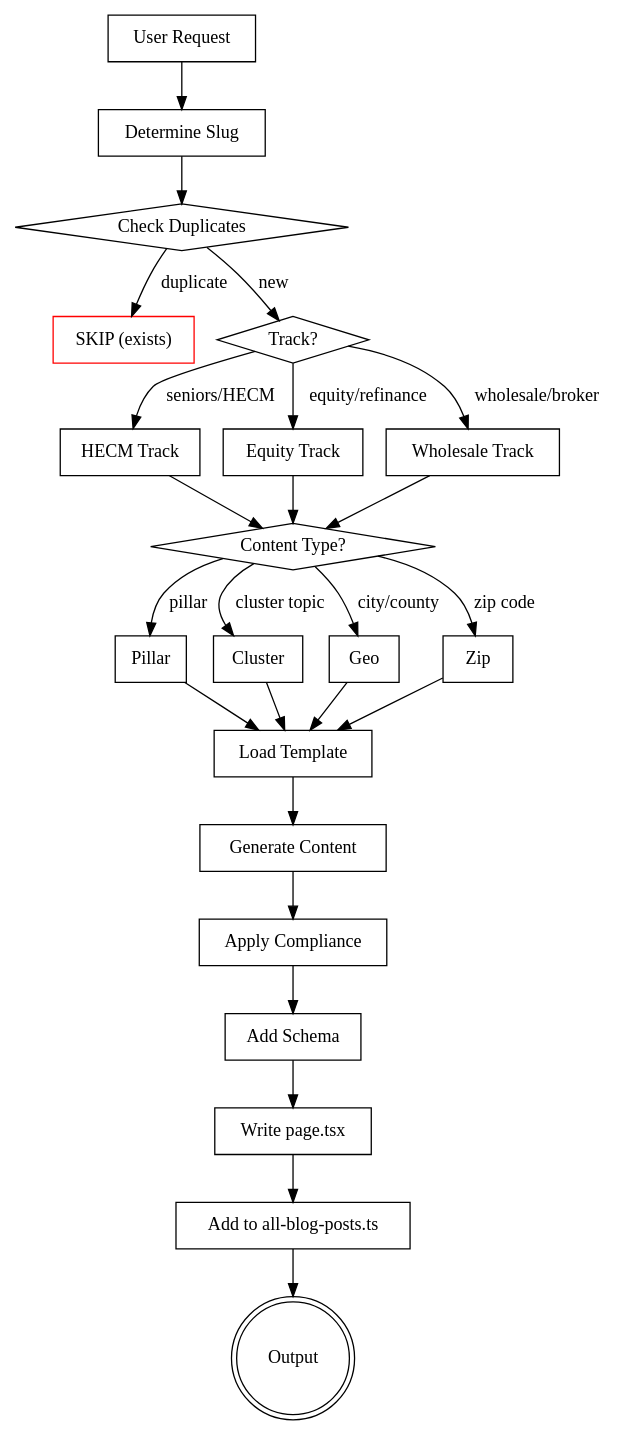
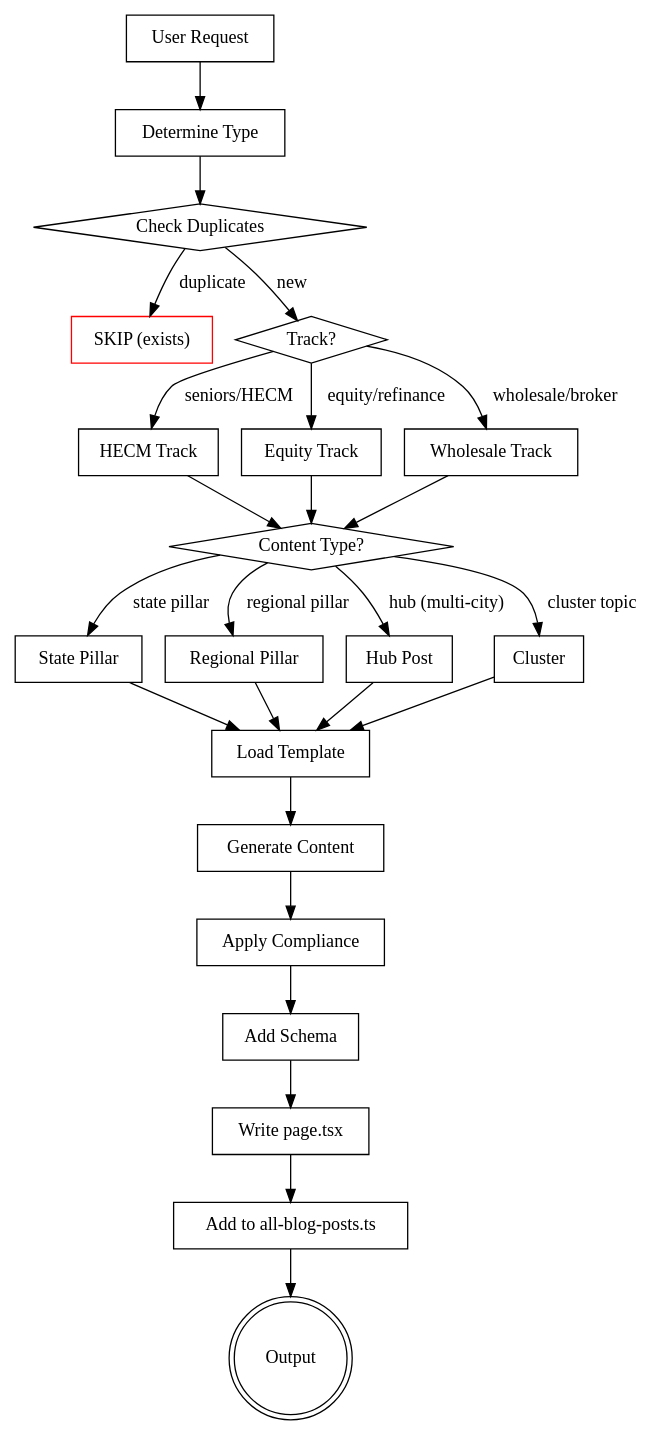
Before and after one commit to MoAbdel/brokersiteupdate: the first of 2 diagrams in .claude/skills/equity-hecm-blog-generator/SKILL.md, drawn with Graphviz. The commit also changed other lines of this file and 14 other files, not shown here.

````diff
--- a/.claude/skills/equity-hecm-blog-generator/SKILL.md
+++ b/.claude/skills/equity-hecm-blog-generator/SKILL.md
@@ -34,50 +50,50 @@
 ```dot
 digraph generation_flow {
     rankdir=TB;
     "User Request" [shape=box];
-    "Determine Slug" [shape=box];
+    "Determine Type" [shape=box];
     "Check Duplicates" [shape=diamond];
     "SKIP (exists)" [shape=box, color=red];
     "Track?" [shape=diamond];
     "Content Type?" [shape=diamond];
     "HECM Track" [shape=box];
     "Equity Track" [shape=box];
     "Wholesale Track" [shape=box];
-    "Pillar" [shape=box];
+    "State Pillar" [shape=box];
+    "Regional Pillar" [shape=box];
+    "Hub Post" [shape=box];
     "Cluster" [shape=box];
-    "Geo" [shape=box];
-    "Zip" [shape=box];
     "Load Template" [shape=box];
     "Generate Content" [shape=box];
     "Apply Compliance" [shape=box];
     "Add Schema" [shape=box];
     "Write page.tsx" [shape=box];
     "Add to all-blog-posts.ts" [shape=box];
     "Output" [shape=doublecircle];
 
-    "User Request" -> "Determine Slug";
-    "Determine Slug" -> "Check Duplicates";
+    "User Request" -> "Determine Type";
+    "Determine Type" -> "Check Duplicates";
     "Check Duplicates" -> "SKIP (exists)" [label="duplicate"];
     "Check Duplicates" -> "Track?" [label="new"];
     "Track?" -> "HECM Track" [label="seniors/HECM"];
     "Track?" -> "Equity Track" [label="equity/refinance"];
     "Track?" -> "Wholesale Track" [label="wholesale/broker"];
     "HECM Track" -> "Content Type?";
     "Equity Track" -> "Content Type?";
     "Wholesale Track" -> "Content Type?";
-    "Content Type?" -> "Pillar" [label="pillar"];
+    "Content Type?" -> "State Pillar" [label="state pillar"];
+    "Content Type?" -> "Regional Pillar" [label="regional pillar"];
+    "Content Type?" -> "Hub Post" [label="hub (multi-city)"];
     "Content Type?" -> "Cluster" [label="cluster topic"];
-    "Content Type?" -> "Geo" [label="city/county"];
-    "Content Type?" -> "Zip" [label="zip code"];
-    "Pillar" -> "Load Template";
+    "State Pillar" -> "Load Template";
+    "Regional Pillar" -> "Load Template";
+    "Hub Post" -> "Load Template";
     "Cluster" -> "Load Template";
-    "Geo" -> "Load Template";
-    "Zip" -> "Load Template";
     "Load Template" -> "Generate Content";
     "Generate Content" -> "Apply Compliance";
     "Apply Compliance" -> "Add Schema";
     "Add Schema" -> "Write page.tsx";
     "Write page.tsx" -> "Add to all-blog-posts.ts";
     "Add to all-blog-posts.ts" -> "Output";
 }
 ```
````
